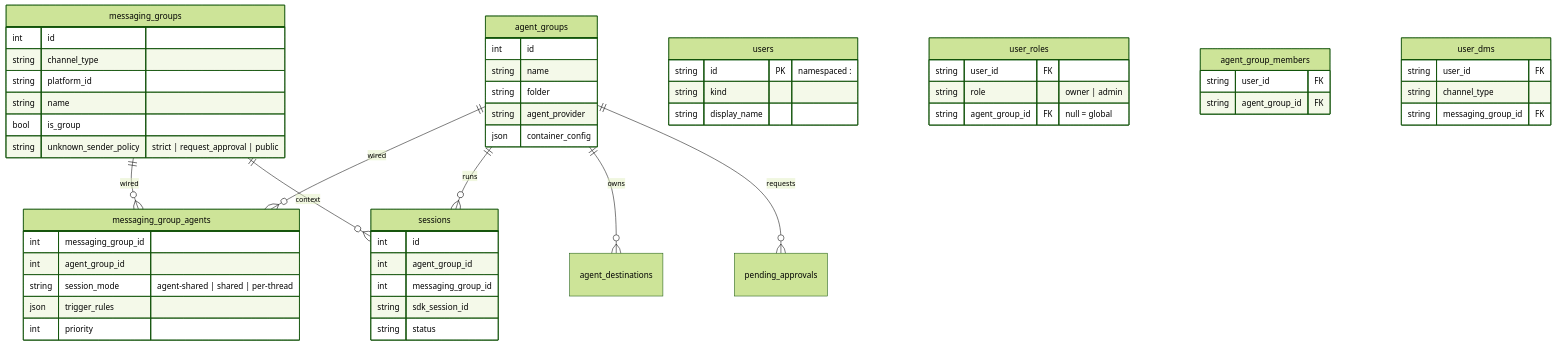
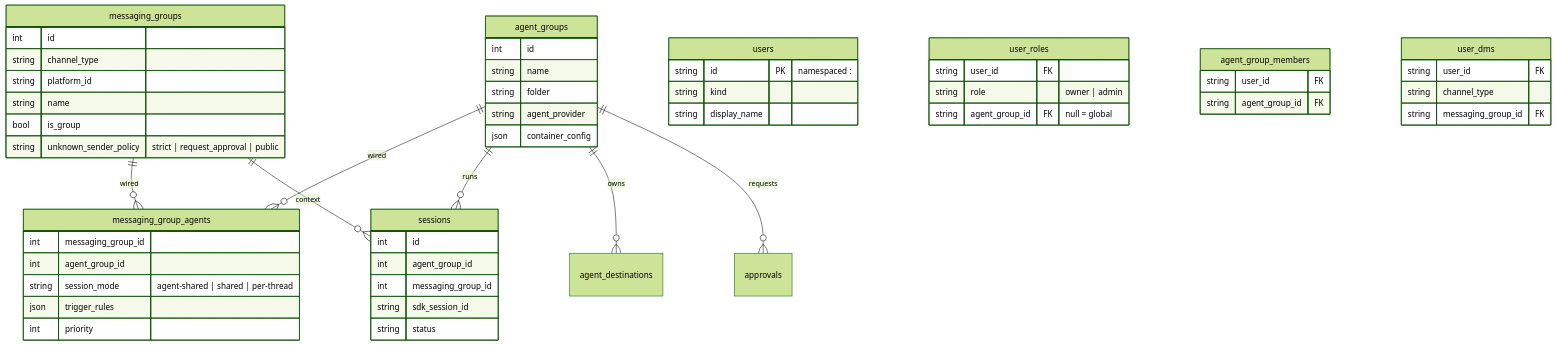
Before and after one commit to dtreskunov/bananaclaw: the fourth of 5 diagrams in docs/architecture-diagram.md, drawn with Mermaid (forest theme). The commit also changed other lines of this file and 62 other files, not shown here.

````diff
--- a/docs/architecture-diagram.md
+++ b/docs/architecture-diagram.md
@@ -145,58 +145,58 @@
 ```mermaid
 erDiagram
   agent_groups ||--o{ messaging_group_agents : wired
   messaging_groups ||--o{ messaging_group_agents : wired
   agent_groups ||--o{ sessions : runs
   messaging_groups ||--o{ sessions : context
   agent_groups ||--o{ agent_destinations : owns
-  agent_groups ||--o{ pending_approvals : requests
+  agent_groups ||--o{ approvals : requests
 
   agent_groups {
     int id
     string name
     string folder
     string agent_provider
     json container_config
   }
   messaging_groups {
     int id
     string channel_type
     string platform_id
     string name
     bool is_group
     string unknown_sender_policy "strict | request_approval | public"
   }
   users {
     string id PK "namespaced <channel>:<handle>"
     string kind
     string display_name
   }
   user_roles {
     string user_id FK
     string role "owner | admin"
     string agent_group_id FK "null = global"
   }
   agent_group_members {
     string user_id FK
     string agent_group_id FK
   }
   user_dms {
     string user_id FK
     string channel_type
     string messaging_group_id FK
   }
   messaging_group_agents {
     int messaging_group_id
     int agent_group_id
     string session_mode "agent-shared | shared | per-thread"
     json trigger_rules
     int priority
   }
   sessions {
     int id
     int agent_group_id
     int messaging_group_id
     string sdk_session_id
     string status
   }
 ```
````
